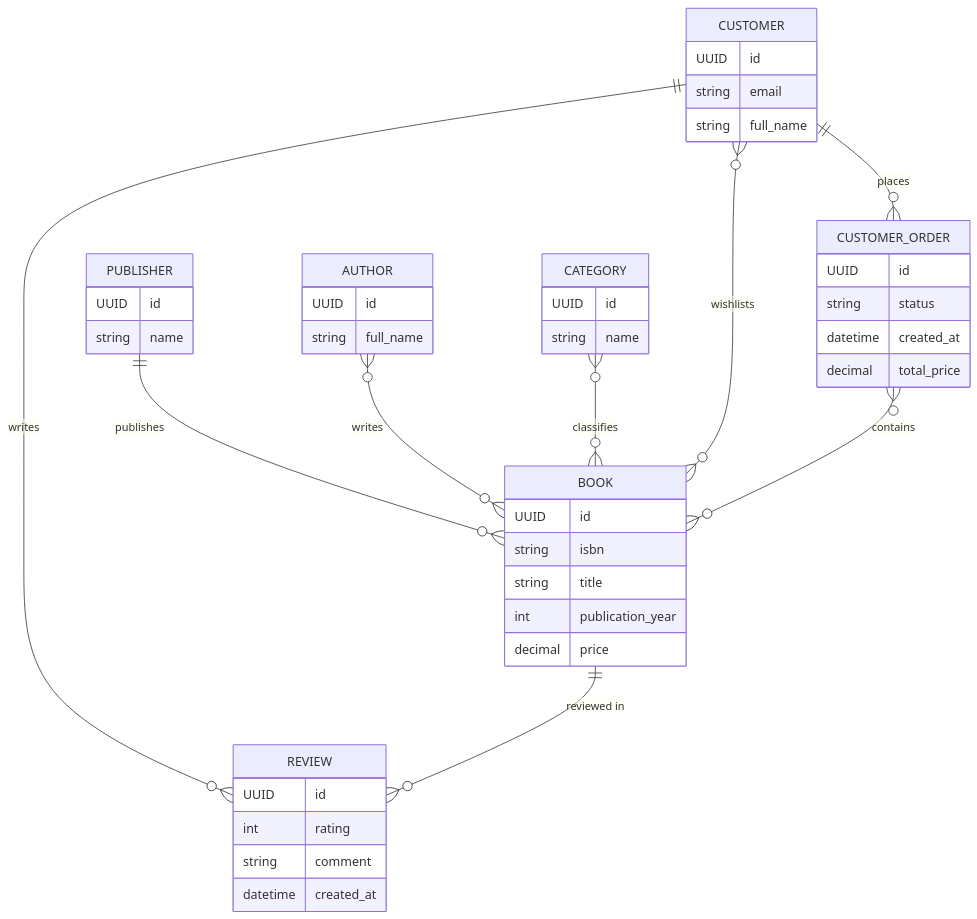
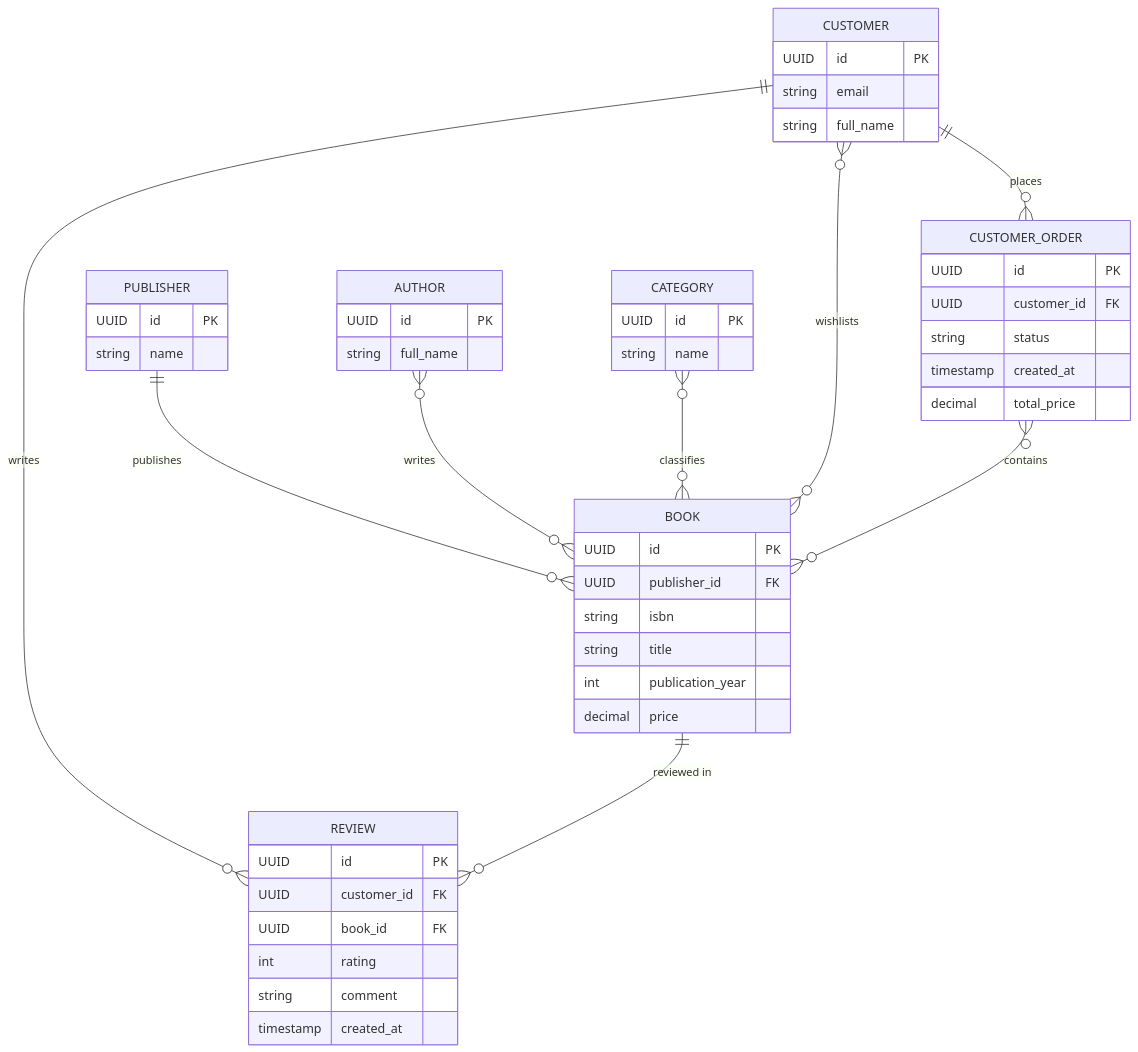
One commit to Saeghxx/KPI2 changed the diagram in Lab1/model/bookstore.mmd. Above: the diagram before and after it, drawn with Mermaid. The commit also changed 1 other file, not shown here.

Commit message:
feat(model): regenerate ER (prompt-2)

```diff
--- a/Lab1/model/bookstore.mmd
+++ b/Lab1/model/bookstore.mmd
@@ -1,46 +1,50 @@
 erDiagram
     CUSTOMER {
-        UUID id
+        UUID id PK
         string email
         string full_name
     }
     PUBLISHER {
-        UUID id
+        UUID id PK
         string name
     }
     AUTHOR {
-        UUID id
+        UUID id PK
         string full_name
     }
     CATEGORY {
-        UUID id
+        UUID id PK
         string name
     }
     BOOK {
-        UUID id
+        UUID id PK
+        UUID publisher_id FK
         string isbn
         string title
         int publication_year
         decimal price
     }
     CUSTOMER_ORDER {
-        UUID id
+        UUID id PK
+        UUID customer_id FK
         string status
-        datetime created_at
+        timestamp created_at
         decimal total_price
     }
     REVIEW {
-        UUID id
+        UUID id PK
+        UUID customer_id FK
+        UUID book_id FK
         int rating
         string comment
-        datetime created_at
+        timestamp created_at
     }
 
     PUBLISHER ||--o{ BOOK : publishes
     AUTHOR }o--o{ BOOK : writes
     CATEGORY }o--o{ BOOK : classifies
     CUSTOMER }o--o{ BOOK : wishlists
     CUSTOMER ||--o{ CUSTOMER_ORDER : places
     CUSTOMER ||--o{ REVIEW : writes
     CUSTOMER_ORDER }o--o{ BOOK : contains
     BOOK ||--o{ REVIEW : "reviewed in"
```
